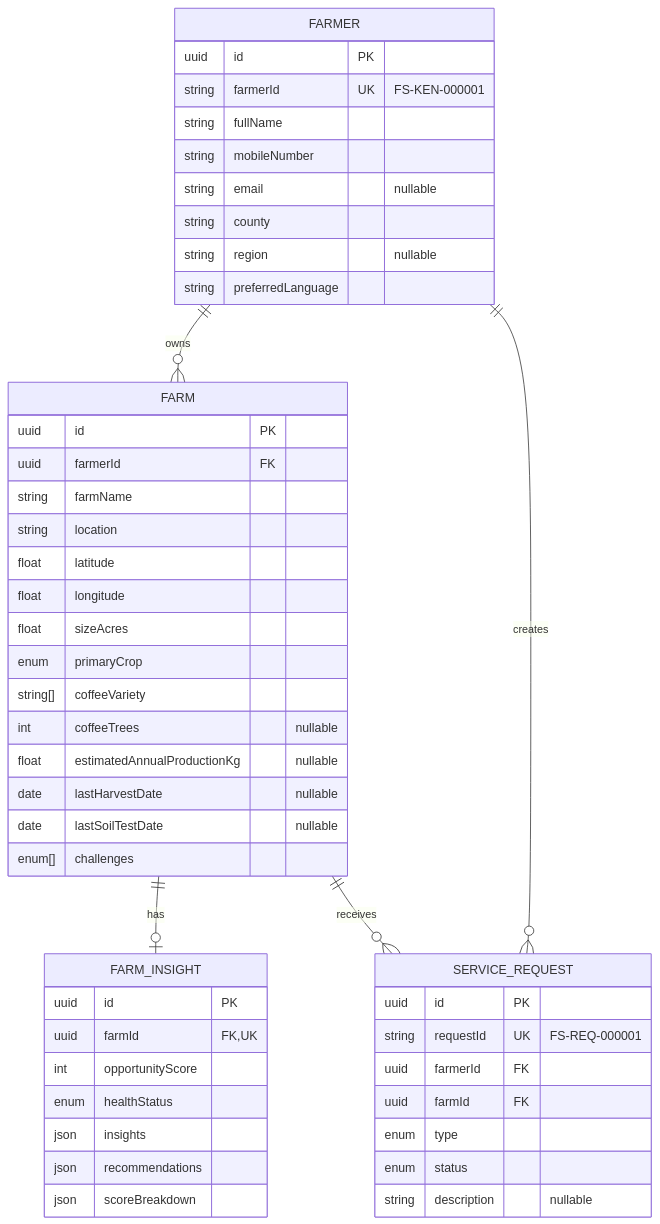
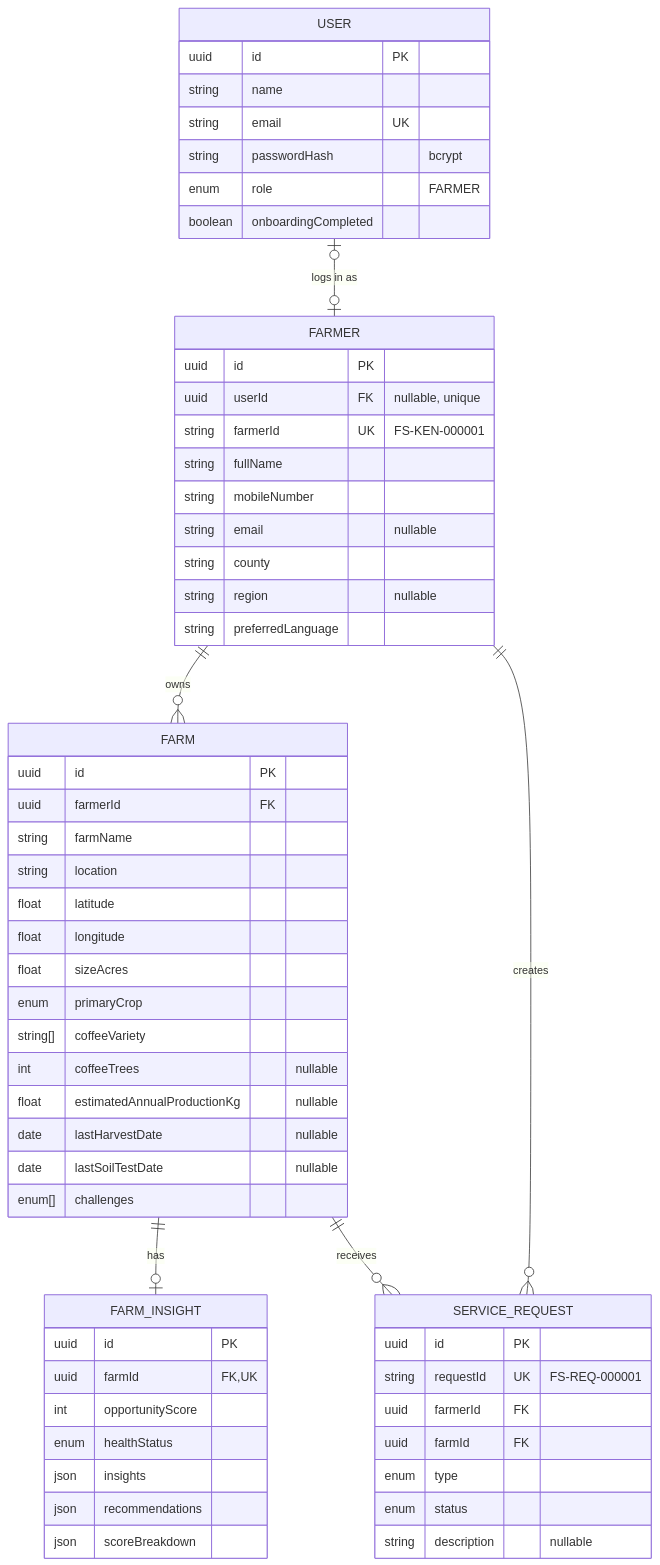
Before and after one commit to Slymcode/farm-story: the diagram in README.md, drawn with Mermaid. The commit also changed other lines of this file and 59 other files, not shown here.

````diff
--- a/README.md
+++ b/README.md
@@ -106,52 +108,62 @@
 ```mermaid
 erDiagram
+    USER |o--o| FARMER : "logs in as"
     FARMER ||--o{ FARM : owns
     FARM ||--o| FARM_INSIGHT : has
     FARMER ||--o{ SERVICE_REQUEST : creates
     FARM ||--o{ SERVICE_REQUEST : receives
 
+    USER {
+        uuid id PK
+        string name
+        string email UK
+        string passwordHash "bcrypt"
+        enum role "FARMER"
+        boolean onboardingCompleted
+    }
     FARMER {
         uuid id PK
+        uuid userId FK "nullable, unique"
         string farmerId UK "FS-KEN-000001"
         string fullName
         string mobileNumber
         string email "nullable"
         string county
         string region "nullable"
         string preferredLanguage
     }
     FARM {
         uuid id PK
         uuid farmerId FK
         string farmName
         string location
         float latitude
         float longitude
         float sizeAcres
         enum primaryCrop
         string[] coffeeVariety
         int coffeeTrees "nullable"
         float estimatedAnnualProductionKg "nullable"
         date lastHarvestDate "nullable"
         date lastSoilTestDate "nullable"
         enum[] challenges
     }
     FARM_INSIGHT {
         uuid id PK
         uuid farmId FK,UK
         int opportunityScore
         enum healthStatus
         json insights
         json recommendations
         json scoreBreakdown
     }
     SERVICE_REQUEST {
         uuid id PK
         string requestId UK "FS-REQ-000001"
         uuid farmerId FK
         uuid farmId FK
         enum type
         enum status
         string description "nullable"
     }
 ```
````
